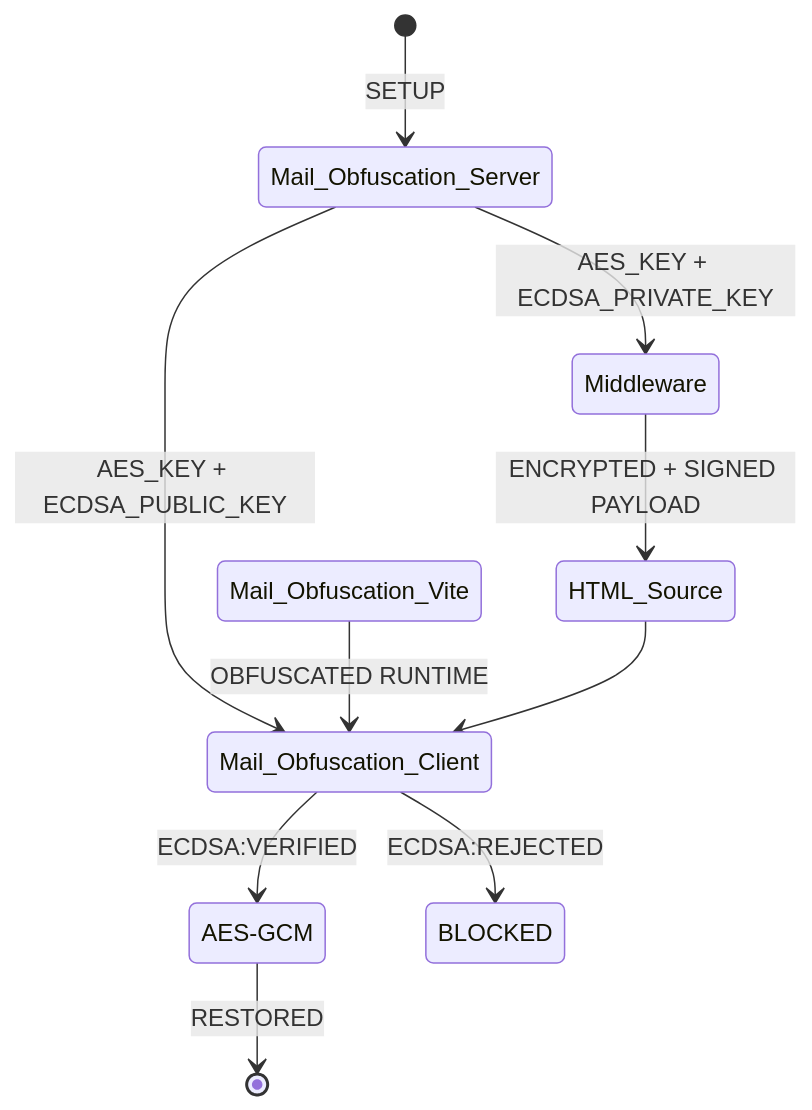
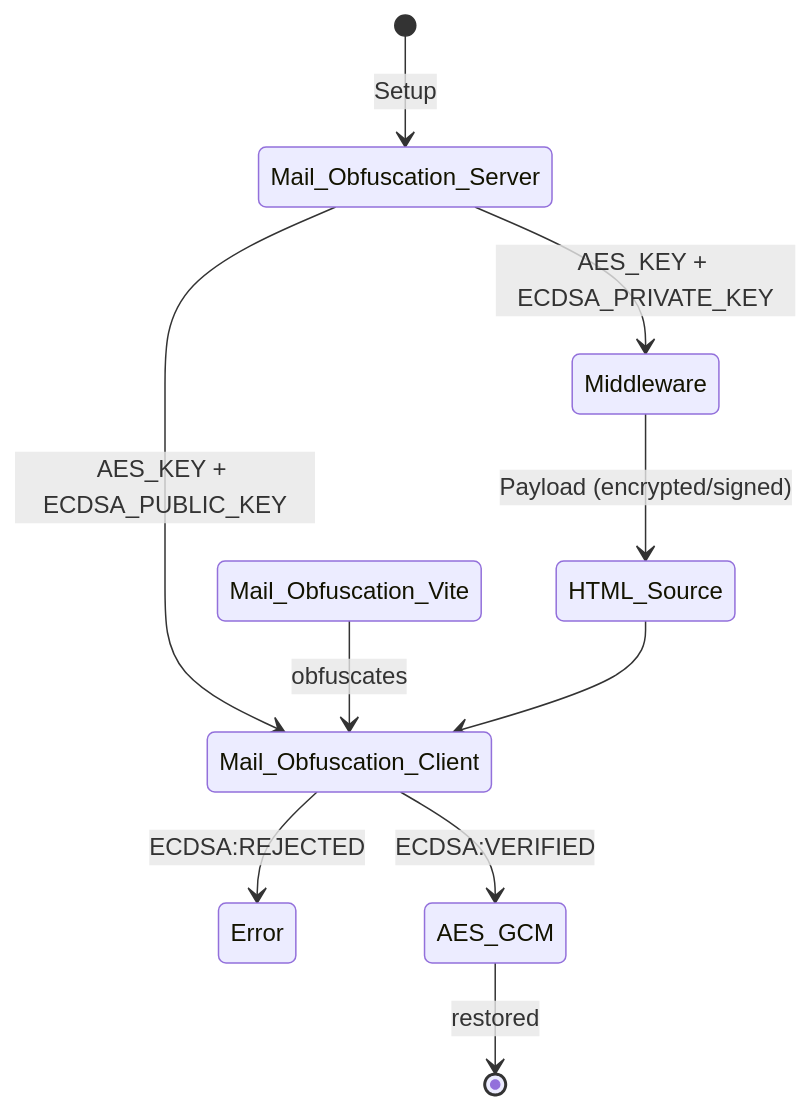
One commit to andreas-brunner/astro-mail-obfuscation changed the diagram in README.md. Above: the diagram before and after it, drawn with Mermaid. The commit also changed other lines of this file and 12 other files, not shown here.

````diff
--- a/README.md
+++ b/README.md
@@ -114,18 +122,12 @@
 ```mermaid
-%% Semantics < Appearance
 stateDiagram-v2
-    state "Mail_Obfuscation_Server" as Server
-    state "Mail_Obfuscation_Vite" as Vite
-    state "Mail_Obfuscation_Client" as Client
-    state "AES-GCM" as Restoration
-
-    [*] --> Server: SETUP
-    Server --> Middleware: AES_KEY + ECDSA_PRIVATE_KEY
-    Middleware --> HTML_Source: ENCRYPTED + SIGNED PAYLOAD
-    Server --> Client: AES_KEY + ECDSA_PUBLIC_KEY
-    Vite --> Client: OBFUSCATED RUNTIME
-    HTML_Source --> Client
-    Client --> BLOCKED: ECDSA:REJECTED
-    Client --> Restoration: ECDSA:VERIFIED
-    Restoration --> [*]: RESTORED
+    [*] --> Mail_Obfuscation_Server: Setup
+    Mail_Obfuscation_Server --> Middleware: AES_KEY + ECDSA_PRIVATE_KEY
+    Middleware --> HTML_Source: Payload (encrypted/signed)
+    Mail_Obfuscation_Server --> Mail_Obfuscation_Client: AES_KEY + ECDSA_PUBLIC_KEY
+    Mail_Obfuscation_Vite --> Mail_Obfuscation_Client: obfuscates
+    HTML_Source --> Mail_Obfuscation_Client
+    Mail_Obfuscation_Client --> Error: ECDSA:REJECTED
+    Mail_Obfuscation_Client --> AES_GCM: ECDSA:VERIFIED
+    AES_GCM --> [*]: restored
 ```
````
